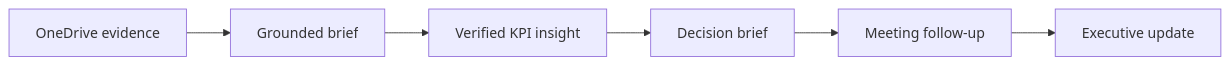
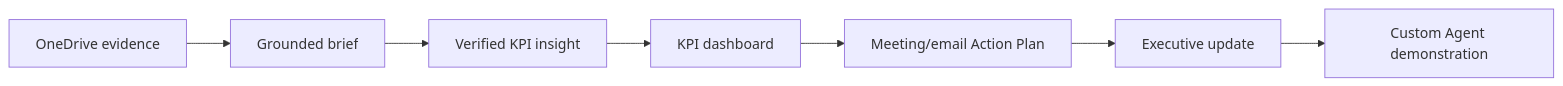
One commit to teerasej/axa-copilot-premium-day changed the diagram in docs/en/index.md. Above: the diagram before and after it, drawn with Mermaid. The commit also changed other lines of this file and 35 other files, not shown here.

````diff
--- a/docs/en/index.md
+++ b/docs/en/index.md
@@ -30,8 +27,9 @@
 ```mermaid
 flowchart LR
   A["OneDrive evidence"] --> B["Grounded brief"]
   B --> C["Verified KPI insight"]
-  C --> D["Decision brief"]
-  D --> E["Meeting follow-up"]
+  C --> D["KPI dashboard"]
+  D --> E["Meeting/email Action Plan"]
   E --> F["Executive update"]
+  F --> G["Custom Agent demonstration"]
 ```
````
